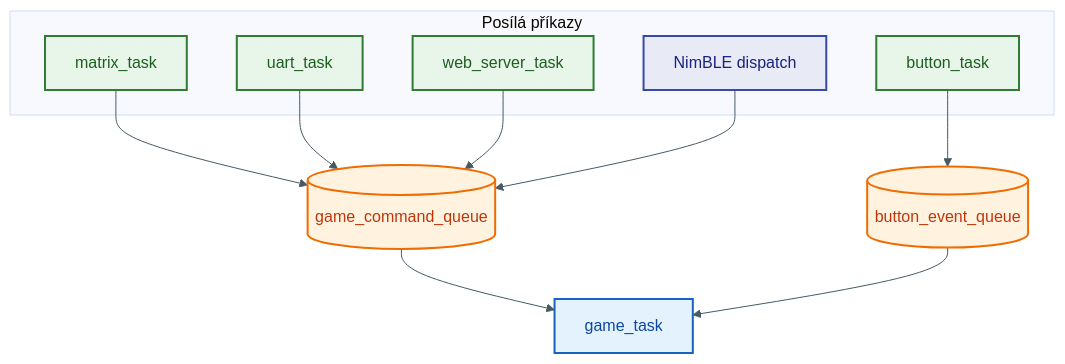
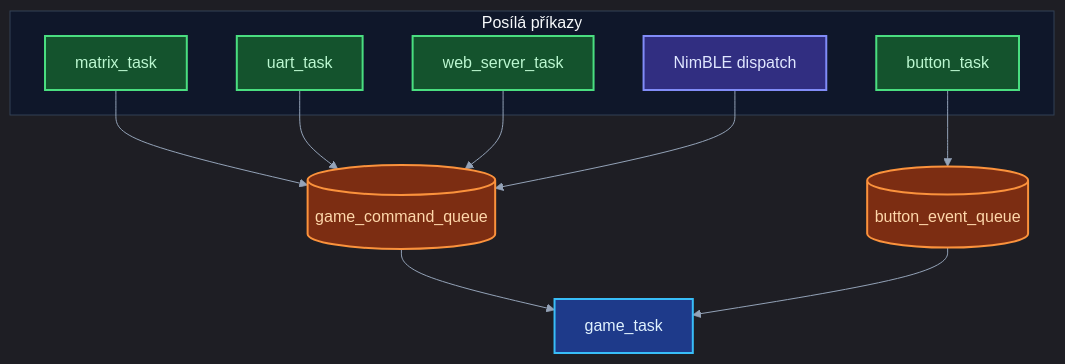
Before and after one commit to AlfredKrutina/chess_esp32_c6_devkit: the second of 6 diagrams in docs/diagrams/README.md, drawn with Mermaid. The commit also changed other lines of this file and 97 other files, not shown here.

Commit message:
more diagrams

````diff
--- a/docs/diagrams/README.md
+++ b/docs/diagrams/README.md
@@ -86,27 +90,27 @@
 ```mermaid
-%%{init: {'theme':'base', 'themeVariables': {'lineColor':'#455a64'}}}%%
+%%{init: {'theme':'dark','themeVariables':{'clusterBkg':'#0f172a','clusterBorder':'#334155','lineColor':'#94a3b8','primaryTextColor':'#f1f5f9','edgeLabelBackground':'#1e293b','titleColor':'#f8fafc'}}}%%
 flowchart TB
   subgraph PROD["Posílá příkazy"]
     MT[matrix_task]:::taskN
     BTN[button_task]:::taskN
     UART[uart_task]:::taskN
     WEB[web_server_task]:::taskN
     BLE[NimBLE dispatch]:::bleN
   end
   GQ[("game_command_queue")]:::queueN
   BQ[("button_event_queue")]:::queueN
   GT[game_task]:::gameN
 
   MT --> GQ
   UART --> GQ
   WEB --> GQ
   BLE --> GQ
   BTN --> BQ
   GQ --> GT
   BQ --> GT
 
-  classDef taskN fill:#e8f5e9,stroke:#2e7d32,stroke-width:2px,color:#1b5e20
-  classDef queueN fill:#fff3e0,stroke:#ef6c00,stroke-width:2px,color:#bf360c
-  classDef gameN fill:#e3f2fd,stroke:#1565c0,stroke-width:2px,color:#0d47a1
-  classDef bleN fill:#e8eaf6,stroke:#3949ab,stroke-width:2px,color:#1a237e
+  classDef taskN fill:#14532d,stroke:#4ade80,stroke-width:2px,color:#bbf7d0
+  classDef queueN fill:#7c2d12,stroke:#fb923c,stroke-width:2px,color:#fed7aa
+  classDef gameN fill:#1e3a8a,stroke:#38bdf8,stroke-width:2px,color:#e0f2fe
+  classDef bleN fill:#312e81,stroke:#818cf8,stroke-width:2px,color:#e0e7ff
 ```
````
